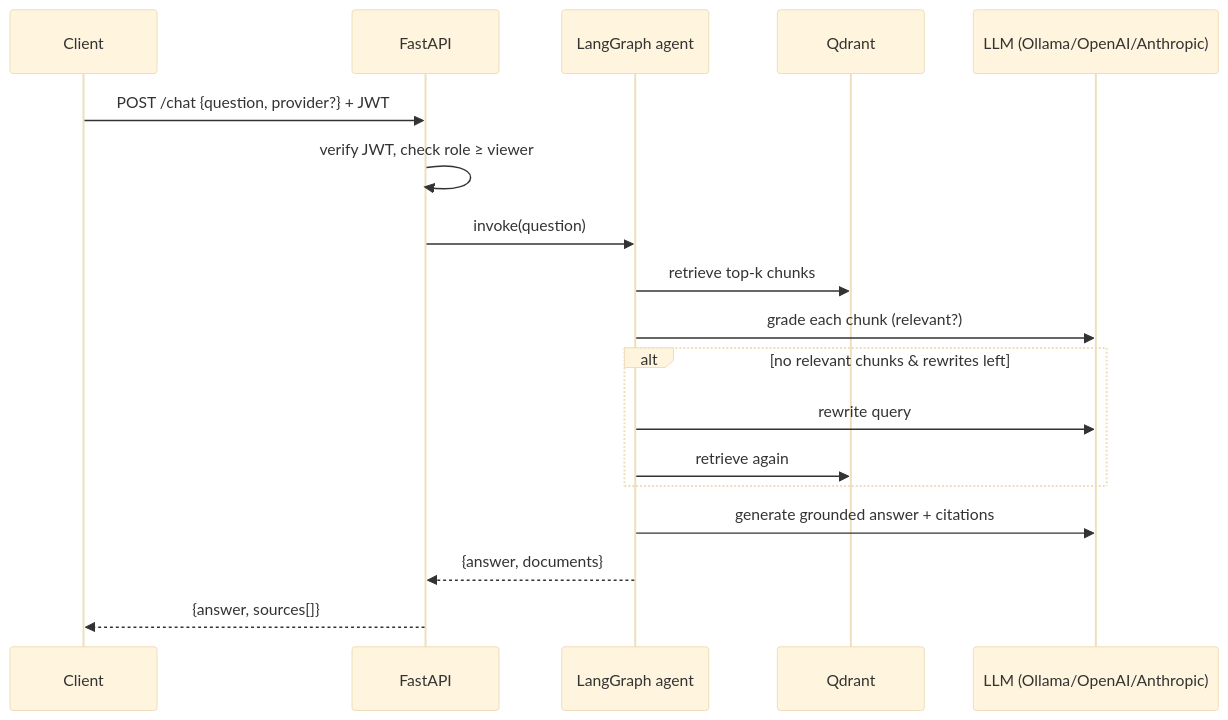
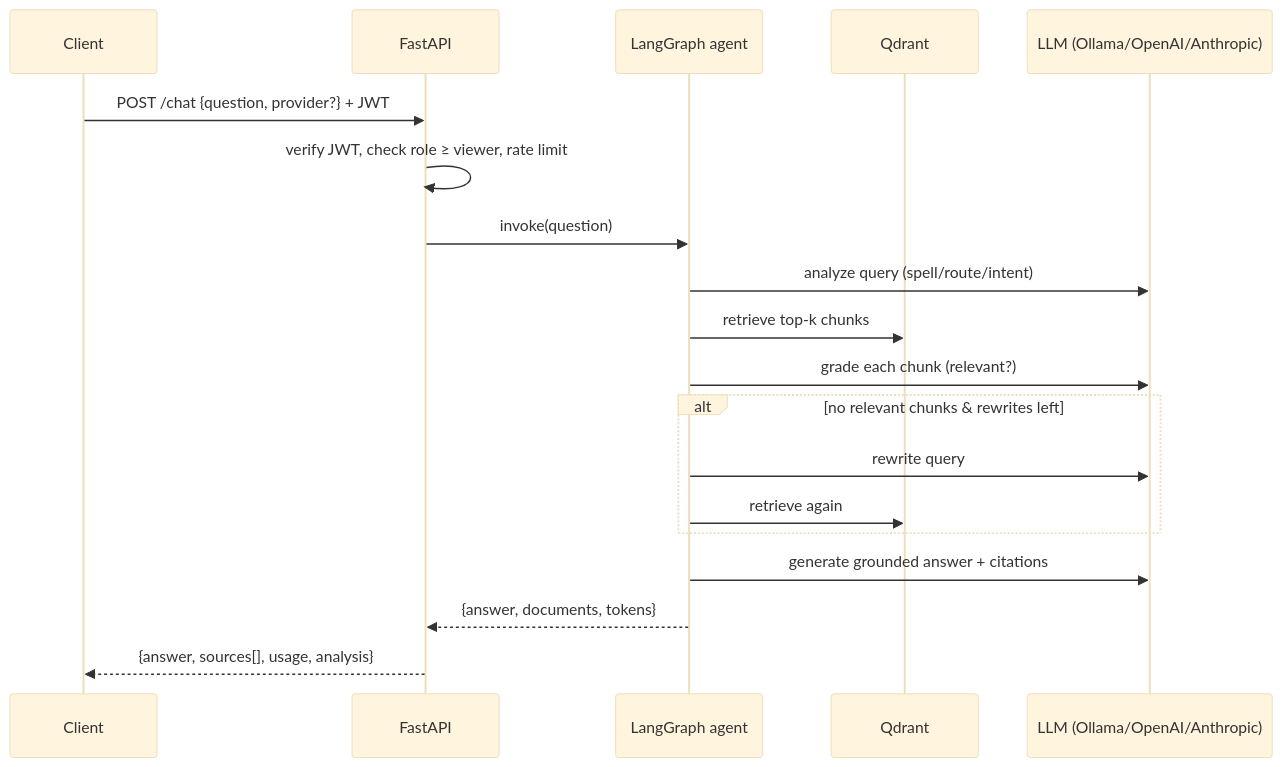
One commit to Os-De/agentic-rag-platform changed the second of 3 diagrams in docs/01-architecture.md. Above: the diagram before and after it, drawn with Mermaid (base theme). The commit also changed other lines of this file and 9 other files, not shown here.

````diff
--- a/docs/01-architecture.md
+++ b/docs/01-architecture.md
@@ -40,20 +43,21 @@
 ```mermaid
 sequenceDiagram
     participant C as Client
     participant A as FastAPI
     participant G as LangGraph agent
     participant Q as Qdrant
     participant L as LLM (Ollama/OpenAI/Anthropic)
     C->>A: POST /chat {question, provider?} + JWT
-    A->>A: verify JWT, check role ≥ viewer
+    A->>A: verify JWT, check role ≥ viewer, rate limit
     A->>G: invoke(question)
+    G->>L: analyze query (spell/route/intent)
     G->>Q: retrieve top-k chunks
     G->>L: grade each chunk (relevant?)
     alt no relevant chunks & rewrites left
         G->>L: rewrite query
         G->>Q: retrieve again
     end
     G->>L: generate grounded answer + citations
-    G-->>A: {answer, documents}
-    A-->>C: {answer, sources[]}
+    G-->>A: {answer, documents, tokens}
+    A-->>C: {answer, sources[], usage, analysis}
 ```
````
